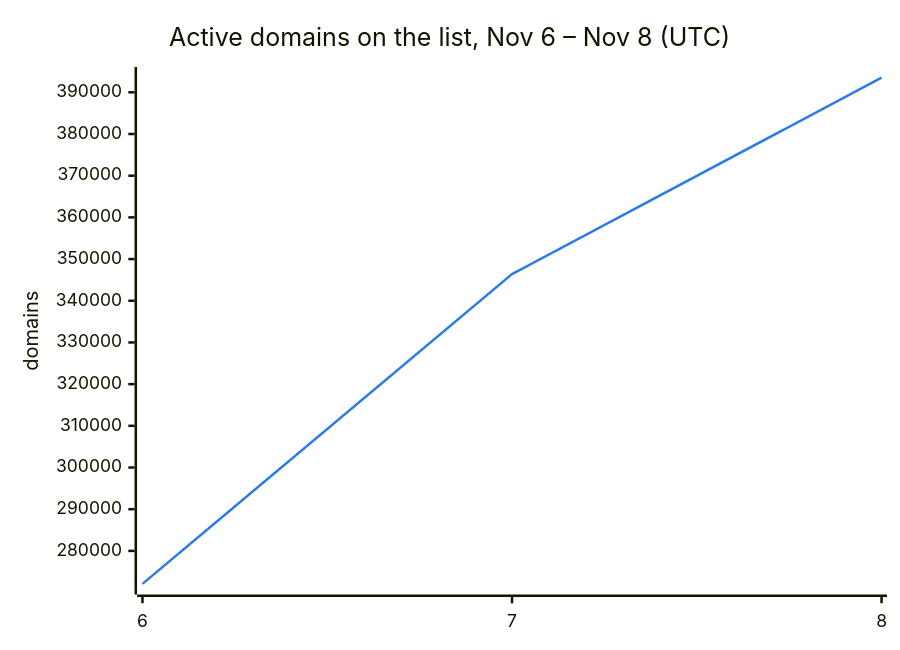
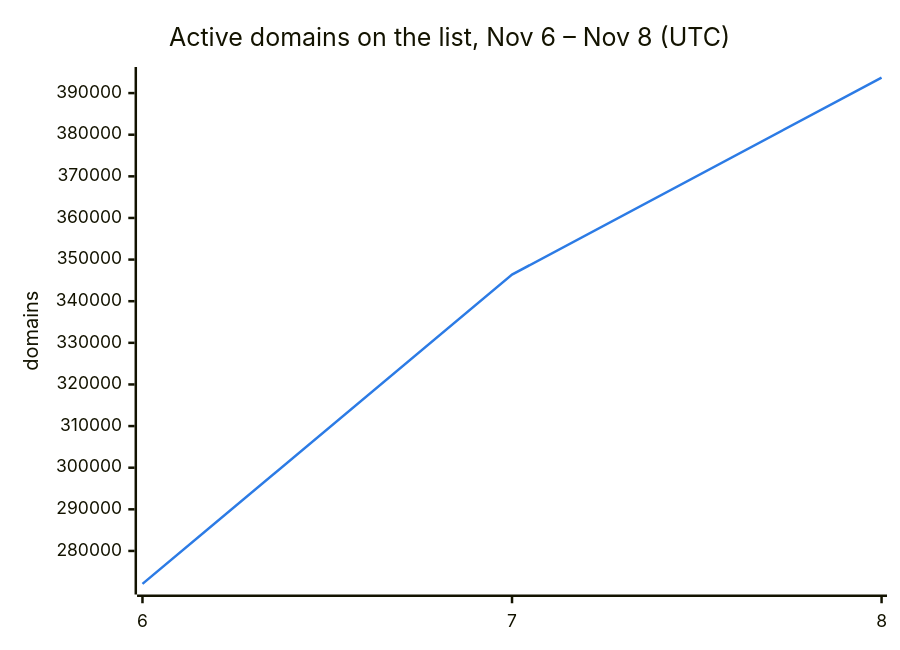
Before and after one commit to DNSBunker/CTI: the second of 3 diagrams in README.md, drawn with Mermaid. The commit also changed other lines of this file and 3 other files, not shown here.

````diff
--- a/README.md
+++ b/README.md
@@ -38,8 +38,8 @@
 ```mermaid
 %%{init: {"themeVariables": {"xyChart": {"plotColorPalette": "#2c7be5"}}}}%%
 xychart-beta
     title "Active domains on the list, Nov 6 – Nov 8 (UTC)"
     x-axis ["6", "7", "8"]
     y-axis "domains"
-    line [272088, 346388, 393524]
+    line [272088, 346388, 393715]
 ```
````
